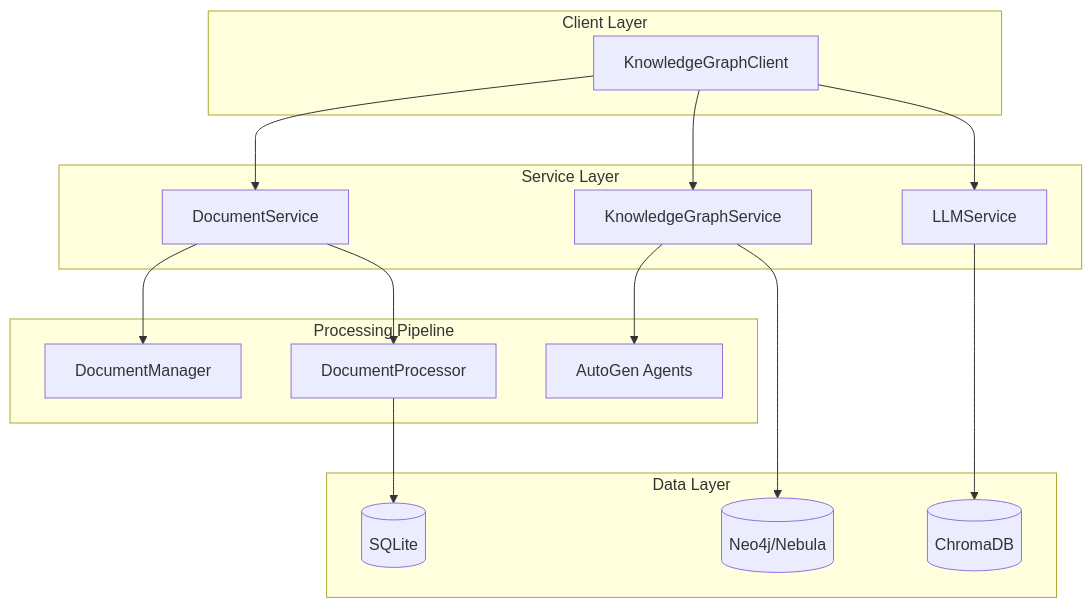
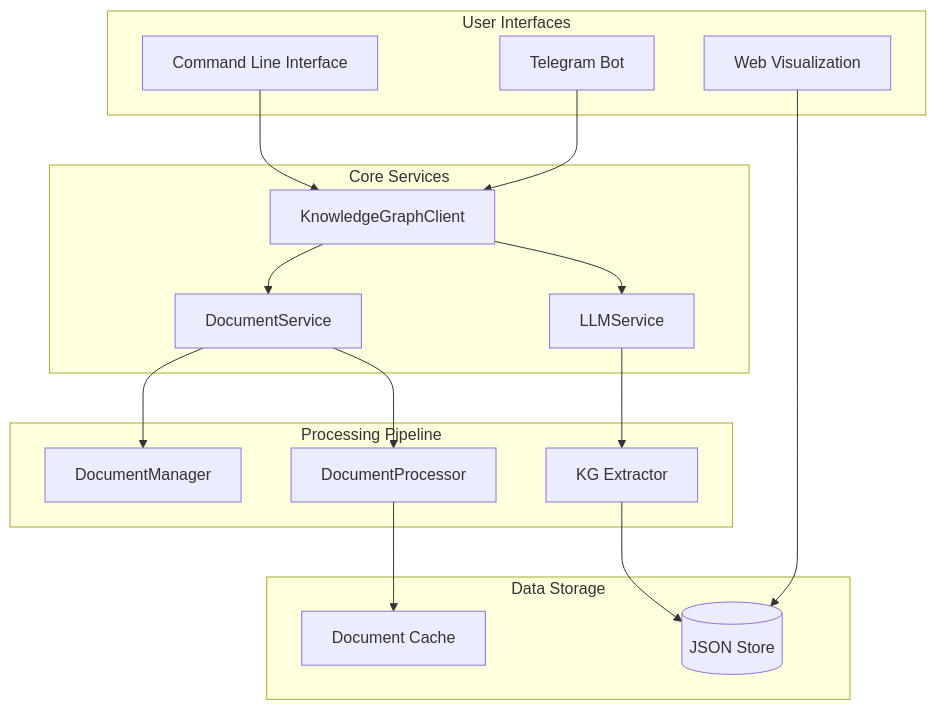
Before and after one commit to MawuliAgamah/panoptic: the diagram in README.md, drawn with Mermaid. The commit also changed other lines of this file and 24 other files, not shown here.

````diff
--- a/README.md
+++ b/README.md
@@ -14,36 +14,39 @@
 ```mermaid
 graph TB
-    subgraph "Client Layer"
+    subgraph "User Interfaces"
+        CLI[Command Line Interface]
+        TG[Telegram Bot]
+        WEB[Web Visualization]
+    end
+
+    subgraph "Core Services"
         KC[KnowledgeGraphClient]
-    end
-    
-    subgraph "Service Layer"
         DS[DocumentService]
         LS[LLMService]
-        KGS[KnowledgeGraphService]
     end
-    
+
     subgraph "Processing Pipeline"
         DM[DocumentManager]
         DP[DocumentProcessor]
-        AG[AutoGen Agents]
+        KGE[KG Extractor]
     end
-    
-    subgraph "Data Layer"
-        SQL[(SQLite)]
-        NEO[(Neo4j/Nebula)]
-        VDB[(ChromaDB)]
+
+    subgraph "Data Storage"
+        JSON[(JSON Store)]
+        FILES[Document Cache]
     end
-    
+
+    CLI --> KC
+    TG --> KC
+    WEB --> JSON
+
     KC --> DS
     KC --> LS
-    KC --> KGS
-    
+
     DS --> DM
     DS --> DP
-    KGS --> AG
-    
-    DP --> SQL
-    KGS --> NEO
-    LS --> VDB
+    LS --> KGE
+
+    DP --> FILES
+    KGE --> JSON
 ```
````
